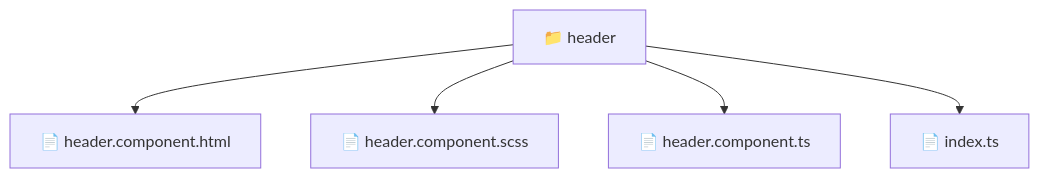
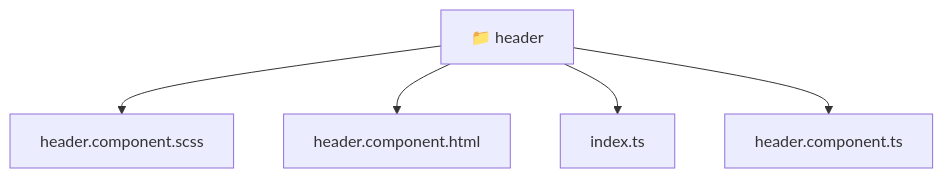
One commit to beginwebdev2002/fullstack-mavluda changed the diagram in frontend/src/widgets/header/README.md. Above: the diagram before and after it, drawn with Mermaid. The commit also changed other lines of this file and 167 other files, not shown here.

````diff
--- a/frontend/src/widgets/header/README.md
+++ b/frontend/src/widgets/header/README.md
@@ -11,8 +11,12 @@
 ```mermaid
 graph TD
-  Root["📁 header"]
-  Root --> header_component_html["📄 header.component.html"]
-  Root --> header_component_scss["📄 header.component.scss"]
-  Root --> header_component_ts["📄 header.component.ts"]
-  Root --> index_ts["📄 index.ts"]
+  Root_header["📁 header"]
+  f_header_component_scss["header.component.scss"]
+  Root_header --> f_header_component_scss
+  f_header_component_html["header.component.html"]
+  Root_header --> f_header_component_html
+  f_index_ts["index.ts"]
+  Root_header --> f_index_ts
+  f_header_component_ts["header.component.ts"]
+  Root_header --> f_header_component_ts
 ```
````
